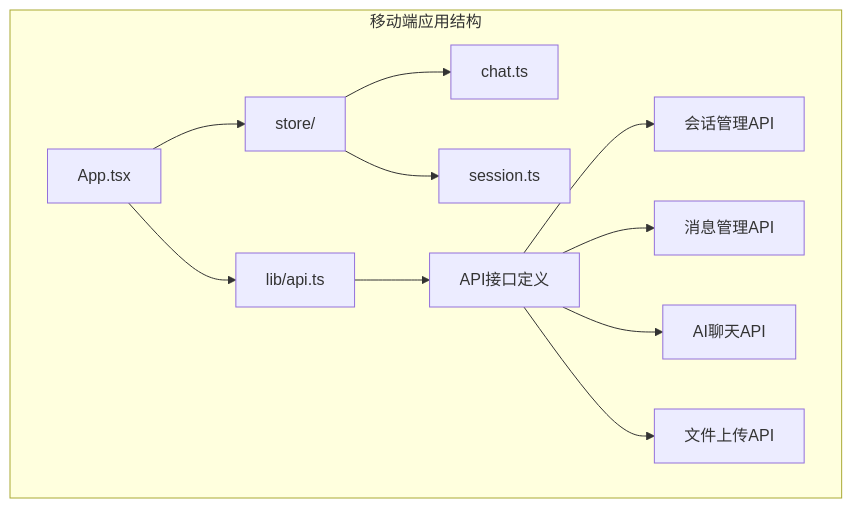
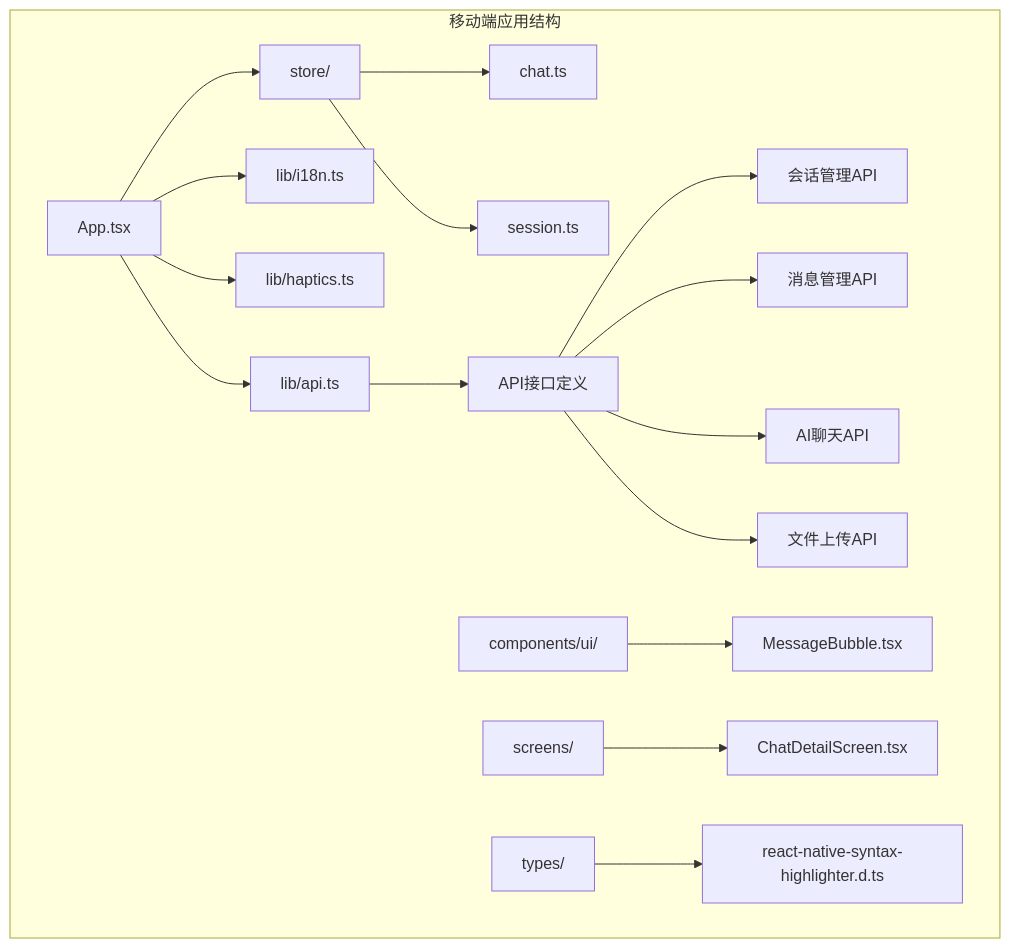
One commit to AvatoLabs/avato changed the first of 12 diagrams in .qoder/repowiki/zh/content/核心功能模块/API 服务层/移动端API服务层.md. Above: the diagram before and after it, drawn with Mermaid. The commit also changed other lines of this file and 7 other files, not shown here.

````diff
--- a/.qoder/repowiki/zh/content/核心功能模块/API 服务层/移动端API服务层.md
+++ b/.qoder/repowiki/zh/content/核心功能模块/API 服务层/移动端API服务层.md
@@ -44,14 +63,19 @@
 ```mermaid
 graph TB
 subgraph "移动端应用结构"
 A[App.tsx] --> B[lib/api.ts]
-A --> C[store/]
-C --> D[chat.ts]
-C --> E[session.ts]
-B --> F[API接口定义]
-F --> G[会话管理API]
-F --> H[消息管理API]
-F --> I[AI聊天API]
-F --> J[文件上传API]
+A --> C[lib/i18n.ts]
+A --> D[lib/haptics.ts]
+A --> E[store/]
+E --> F[chat.ts]
+E --> G[session.ts]
+B --> H[API接口定义]
+H --> I[会话管理API]
+H --> J[消息管理API]
+H --> K[AI聊天API]
+H --> L[文件上传API]
+M[components/ui/] --> N[MessageBubble.tsx]
+O[screens/] --> P[ChatDetailScreen.tsx]
+Q[types/] --> R[react-native-syntax-highlighter.d.ts]
 end
 ```
````
